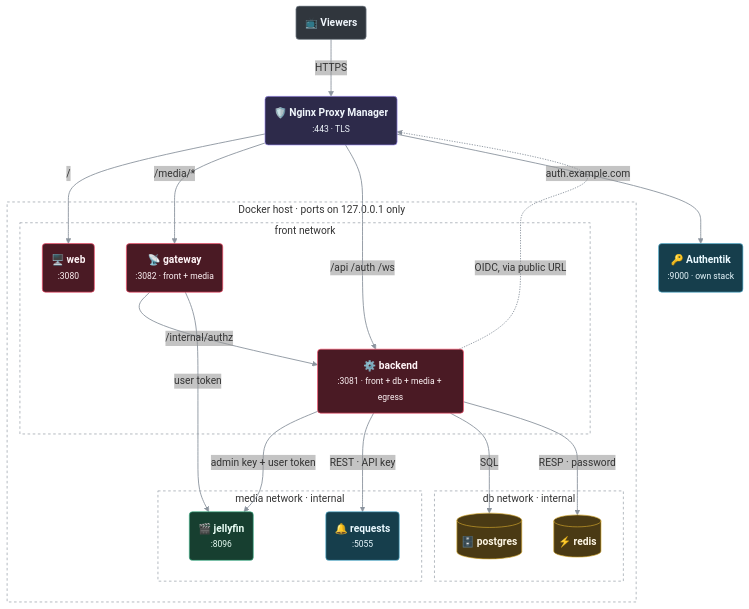
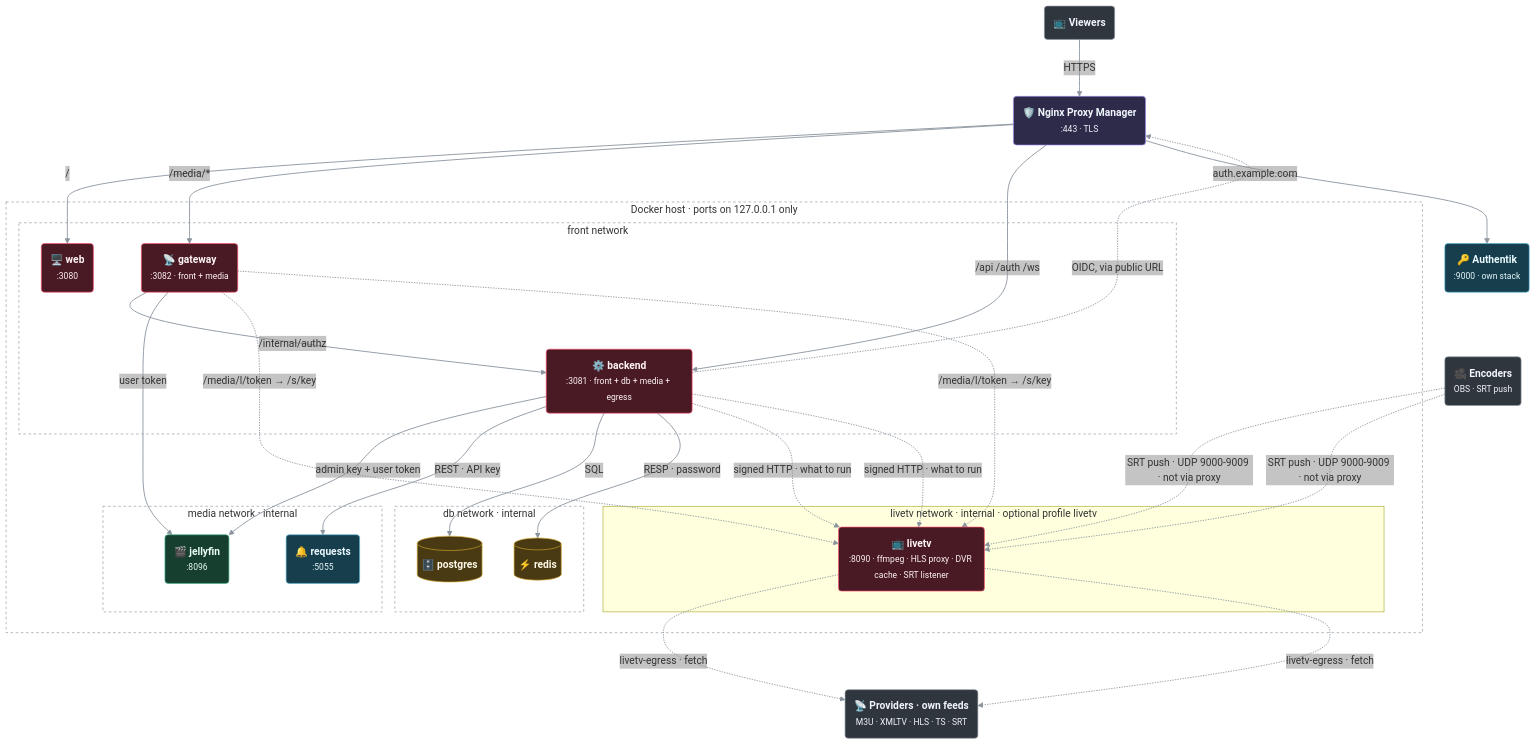
One commit to LetsManu/friendflix changed the first of 3 diagrams in docs/architecture.md. Above: the diagram before and after it, drawn with Mermaid. The commit also changed other lines of this file and 6 other files, not shown here.

First line of the commit message:
docs(livetv): watching, rights, casting, push feeds, privacy and security

````diff
--- a/docs/architecture.md
+++ b/docs/architecture.md
@@ -7,59 +7,79 @@
 ```mermaid
 ---
 config:
   flowchart:
     curve: basis
     nodeSpacing: 50
     rankSpacing: 65
     padding: 14
   themeVariables:
     edgeLabelBackground: 'rgba(150,150,150,0.12)'
   themeCSS: '.labelBkg { background-color: rgba(127,127,127,0.12) !important; }'
 ---
 flowchart TB
   accTitle: FriendFlix containers and networks
-  accDescr: Viewers reach Nginx Proxy Manager, which routes to web, backend and gateway on the front network. The backend alone also reaches Postgres and Redis on the internal db network and the media services on the internal media network. Authentik is reached through the proxy.
+  accDescr: Viewers reach Nginx Proxy Manager, which routes to web, backend and gateway on the front network. The backend alone also reaches Postgres and Redis on the internal db network and the media services on the internal media network. Authentik is reached through the proxy. With the optional Live TV profile, backend and gateway reach the livetv service on its own internal network; livetv alone reaches the providers, and encoders can push SRT feeds into its UDP range. With the optional Live TV profile, backend and gateway reach the livetv service on its own internal network; livetv alone reaches the providers, and encoders can push SRT feeds into its UDP range.
   V("📺 <b>Viewers</b>"):::ext
   NPM("🛡️ <b>Nginx Proxy Manager</b><br/><small>:443 · TLS</small>"):::edge
   AK("🔑 <b>Authentik</b><br/><small>:9000 · own stack</small>"):::svc
+  PV("📡 <b>Providers · own feeds</b><br/><small>M3U · XMLTV · HLS · TS · SRT</small>"):::ext
+  ENC("🎥 <b>Encoders</b><br/><small>OBS · SRT push</small>"):::ext
+  PV("📡 <b>Providers · own feeds</b><br/><small>M3U · XMLTV · HLS · TS · SRT</small>"):::ext
+  ENC("🎥 <b>Encoders</b><br/><small>OBS · SRT push</small>"):::ext
   subgraph HOST["Docker host · ports on 127.0.0.1 only"]
     subgraph FRONT["front network"]
       WEB("🖥️ <b>web</b><br/><small>:3080</small>"):::app
       GW("📡 <b>gateway</b><br/><small>:3082 · front + media</small>"):::app
       BE("⚙️ <b>backend</b><br/><small>:3081 · front + db + media + egress</small>"):::app
     end
     subgraph MEDIA["media network · internal"]
       S("🎬 <b>jellyfin</b><br/><small>:8096</small>"):::media
       SE("🔔 <b>requests</b><br/><small>:5055</small>"):::svc
+    end
+    subgraph LTV["livetv network · internal · optional profile livetv"]
+      LT("📺 <b>livetv</b><br/><small>:8090 · ffmpeg · HLS proxy · DVR cache · SRT listener</small>"):::app
+    end
+    subgraph LTV["livetv network · internal · optional profile livetv"]
+      LT("📺 <b>livetv</b><br/><small>:8090 · ffmpeg · HLS proxy · DVR cache · SRT listener</small>"):::app
     end
     subgraph DB["db network · internal"]
       PG[("🗄️ <b>postgres</b>")]:::store
       RD[("⚡ <b>redis</b>")]:::store
     end
   end
 
   V -->|HTTPS| NPM
   NPM -->|"/"| WEB
   NPM -->|"/media/*"| GW
   NPM -->|"/api /auth /ws"| BE
   NPM -->|"auth.example.com"| AK
   GW -->|"/internal/authz"| BE
   GW ==>|"user token"| S
   BE -->|"admin key + user token"| S
   BE -->|"REST · API key"| SE
   BE -->|SQL| PG
   BE -->|"RESP · password"| RD
   BE -.->|"OIDC, via public URL"| NPM
+  BE -.->|"signed HTTP · what to run"| LT
+  GW -.->|"/media/l/token → /s/key"| LT
+  LT -.->|"livetv-egress · fetch"| PV
+  ENC -.->|"SRT push · UDP 9000-9009 · not via proxy"| LT
+  BE -.->|"signed HTTP · what to run"| LT
+  GW -.->|"/media/l/token → /s/key"| LT
+  LT -.->|"livetv-egress · fetch"| PV
+  ENC -.->|"SRT push · UDP 9000-9009 · not via proxy"| LT
   classDef ext fill:#30363d,stroke:#8b949e,stroke-width:1px,color:#f0f6fc
   classDef edge fill:#2d2a4a,stroke:#9d8cf0,stroke-width:1px,color:#f0f6fc
   classDef app fill:#4a1a24,stroke:#ff4f6d,stroke-width:1px,color:#fff5f7
   classDef store fill:#4a3a14,stroke:#d4a72c,stroke-width:1px,color:#fff8e6
   classDef media fill:#173f30,stroke:#3fb68b,stroke-width:1px,color:#eafff6
   classDef svc fill:#163e4c,stroke:#56b6d6,stroke-width:1px,color:#eaf9ff
   classDef fork fill:#4a1d3c,stroke:#e070b0,stroke-width:1px,stroke-dasharray:4 3,color:#fff0f8
   linkStyle default stroke:#8b949e,stroke-width:1.4px
   style HOST fill:none,stroke:#8b949e,stroke-width:1px,stroke-dasharray:4 4
   style FRONT fill:none,stroke:#8b949e,stroke-width:1px,stroke-dasharray:4 4
   style DB fill:none,stroke:#8b949e,stroke-width:1px,stroke-dasharray:4 4
   style MEDIA fill:none,stroke:#8b949e,stroke-width:1px,stroke-dasharray:4 4
+  style LTV fill:none,stroke:#8b949e,stroke-width:1px,stroke-dasharray:4 4
+  style LTV fill:none,stroke:#8b949e,stroke-width:1px,stroke-dasharray:4 4
 ```
````
